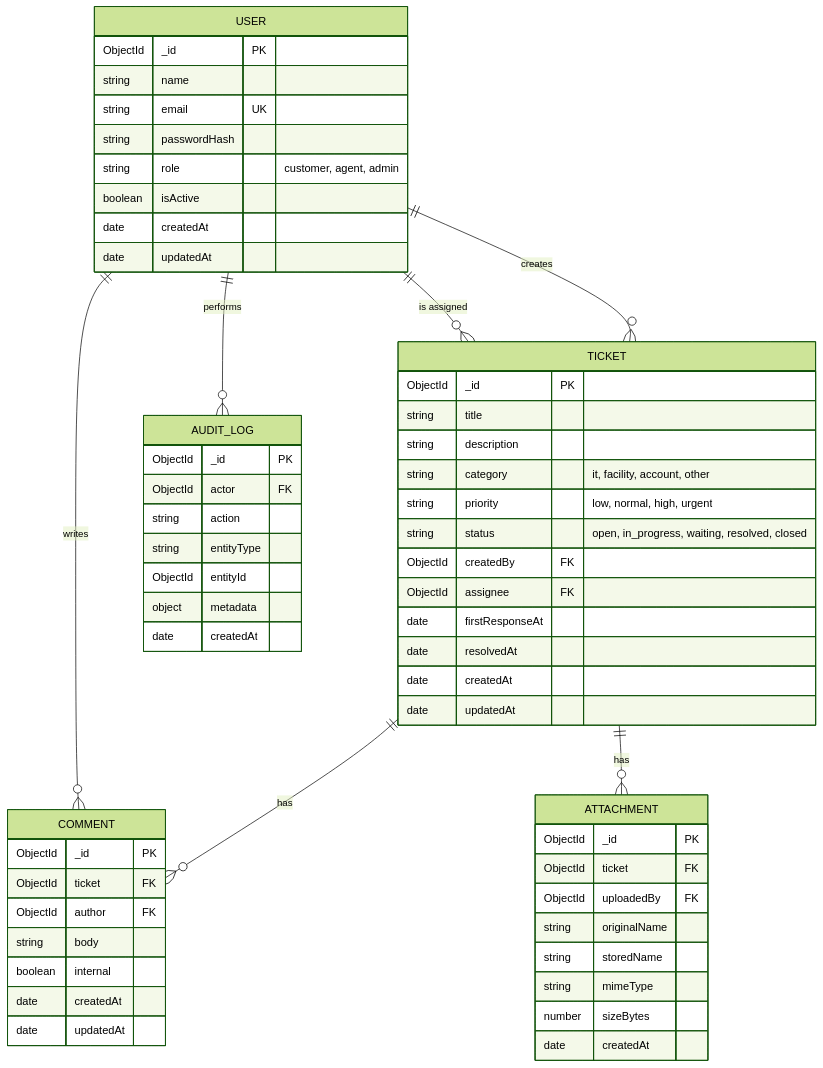
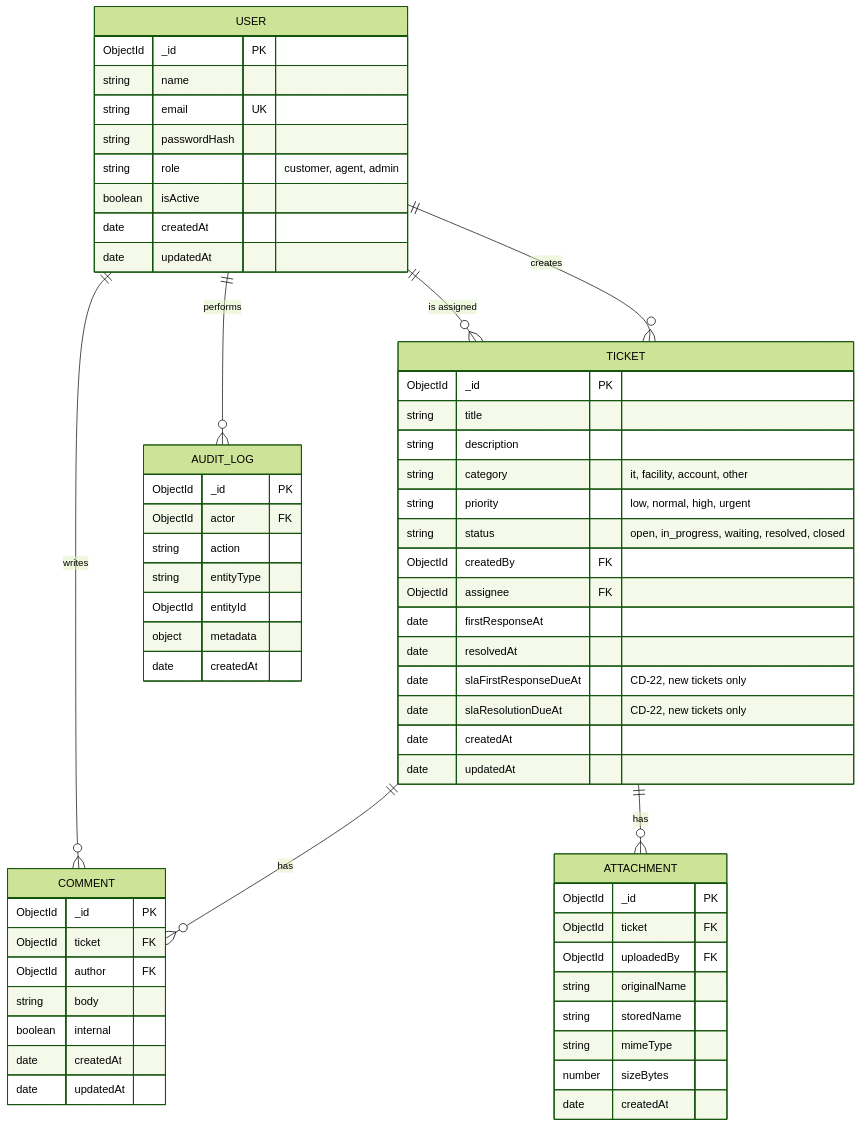
The diagram in docs/er-diagram.md (soltaniheb23/ClinicDesk), drawn with Mermaid (forest theme) before and after one commit. The commit also changed 8 other files, not shown here.

````diff
--- a/docs/er-diagram.md
+++ b/docs/er-diagram.md
@@ -3,62 +3,64 @@
 ```mermaid
 erDiagram
     USER ||--o{ TICKET : creates
     USER ||--o{ TICKET : "is assigned"
     TICKET ||--o{ COMMENT : has
     USER ||--o{ COMMENT : writes
     TICKET ||--o{ ATTACHMENT : has
     USER ||--o{ AUDIT_LOG : performs
 
     USER {
         ObjectId _id PK
         string name
         string email UK
         string passwordHash
         string role "customer, agent, admin"
         boolean isActive
         date createdAt
         date updatedAt
     }
     TICKET {
         ObjectId _id PK
         string title
         string description
         string category "it, facility, account, other"
         string priority "low, normal, high, urgent"
         string status "open, in_progress, waiting, resolved, closed"
         ObjectId createdBy FK
         ObjectId assignee FK
         date firstResponseAt
         date resolvedAt
+        date slaFirstResponseDueAt "CD-22, new tickets only"
+        date slaResolutionDueAt "CD-22, new tickets only"
         date createdAt
         date updatedAt
     }
     COMMENT {
         ObjectId _id PK
         ObjectId ticket FK
         ObjectId author FK
         string body
         boolean internal
         date createdAt
         date updatedAt
     }
     ATTACHMENT {
         ObjectId _id PK
         ObjectId ticket FK
         ObjectId uploadedBy FK
         string originalName
         string storedName
         string mimeType
         number sizeBytes
         date createdAt
     }
     AUDIT_LOG {
         ObjectId _id PK
         ObjectId actor FK
         string action
         string entityType
         ObjectId entityId
         object metadata
         date createdAt
     }
 ```
````
